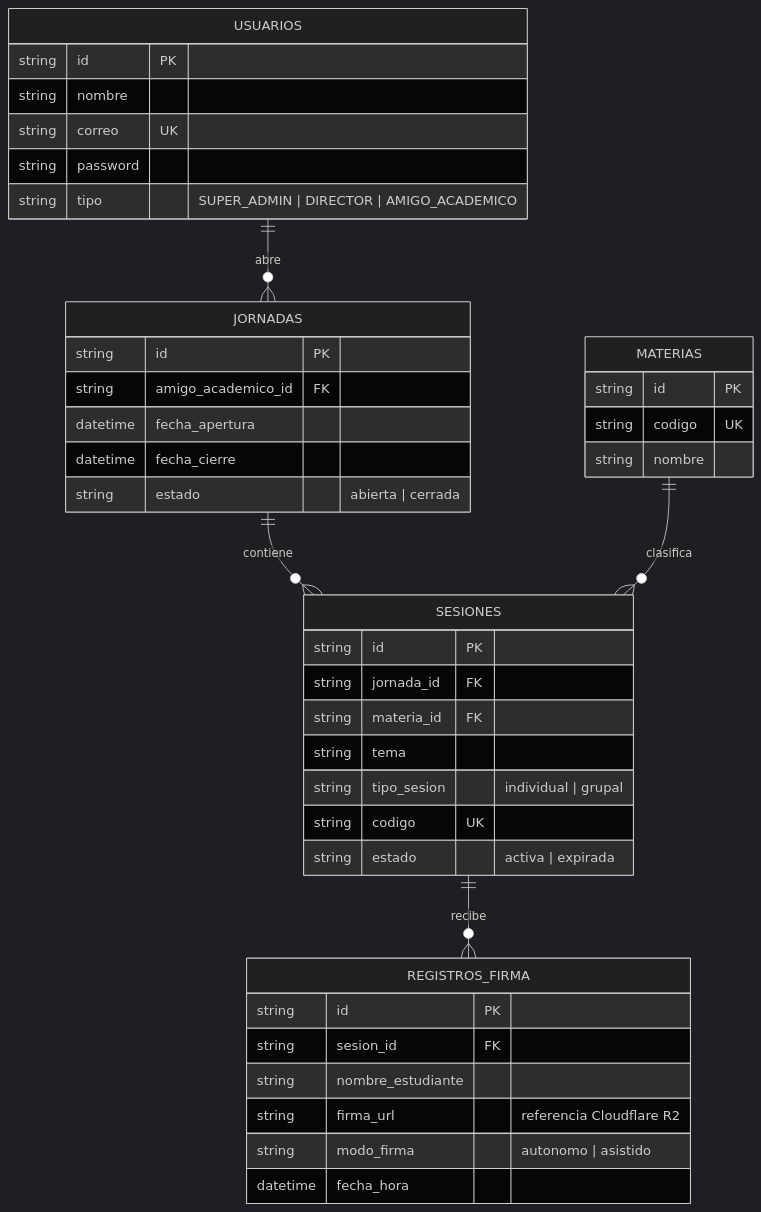
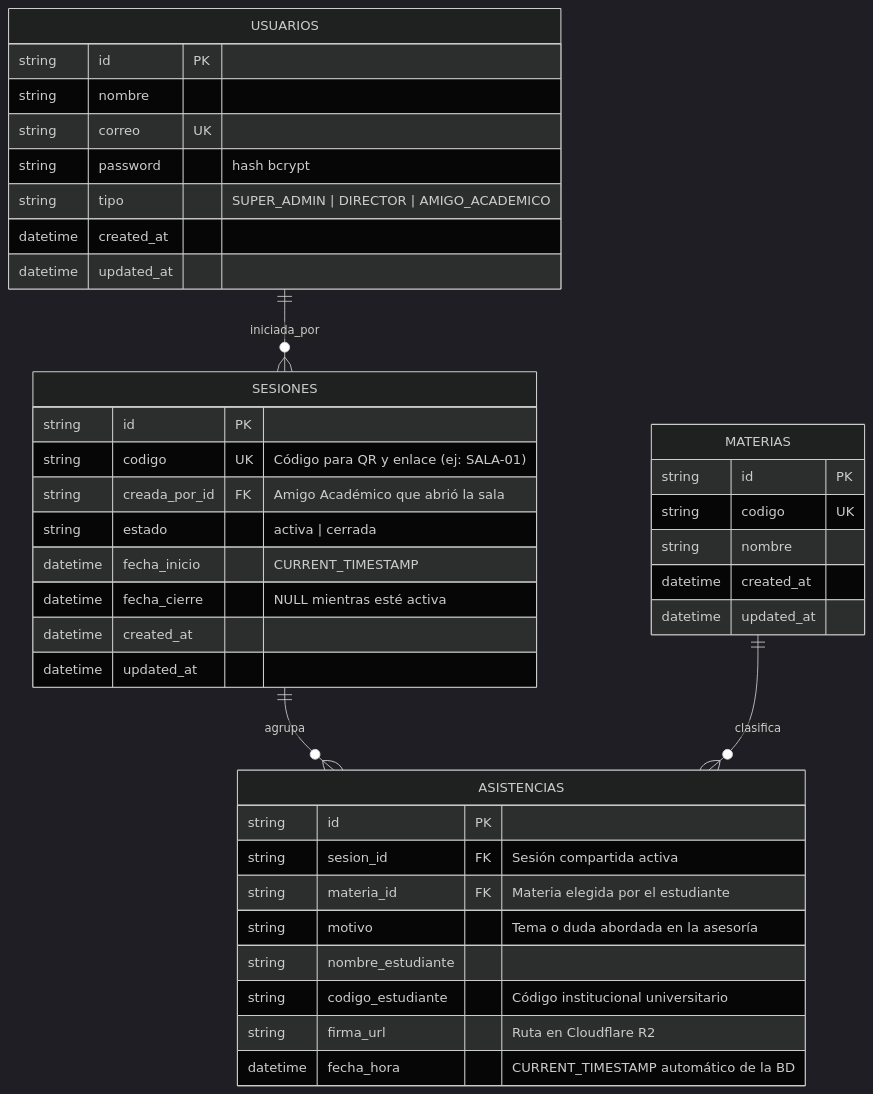
The second of 2 diagrams in CONTEXTO_PROYECTO.md (IngMapache-Coder/S3A-Backend), drawn with Mermaid (dark theme) before and after one commit. The commit also changed other lines of this file and 55 other files, not shown here.

````diff
--- a/CONTEXTO_PROYECTO.md
+++ b/CONTEXTO_PROYECTO.md
@@ -99,48 +107,46 @@
 ```mermaid
 erDiagram
-    USUARIOS ||--o{ JORNADAS : "abre"
-    JORNADAS ||--o{ SESIONES : "contiene"
-    MATERIAS ||--o{ SESIONES : "clasifica"
-    SESIONES ||--o{ REGISTROS_FIRMA : "recibe"
+    USUARIOS ||--o{ SESIONES : "iniciada_por"
+    SESIONES ||--o{ ASISTENCIAS : "agrupa"
+    MATERIAS ||--o{ ASISTENCIAS : "clasifica"
 
     USUARIOS {
         string id PK
         string nombre
         string correo UK
-        string password
+        string password "hash bcrypt"
         string tipo "SUPER_ADMIN | DIRECTOR | AMIGO_ACADEMICO"
+        datetime created_at
+        datetime updated_at
     }
 
     MATERIAS {
         string id PK
         string codigo UK
         string nombre
-    }
-
-    JORNADAS {
-        string id PK
-        string amigo_academico_id FK
-        datetime fecha_apertura
-        datetime fecha_cierre
-        string estado "abierta | cerrada"
+        datetime created_at
+        datetime updated_at
     }
 
     SESIONES {
         string id PK
-        string jornada_id FK
-        string materia_id FK
-        string tema
-        string tipo_sesion "individual | grupal"
-        string codigo UK
-        string estado "activa | expirada"
+        string codigo UK "Código para QR y enlace (ej: SALA-01)"
+        string creada_por_id FK "Amigo Académico que abrió la sala"
+        string estado "activa | cerrada"
+        datetime fecha_inicio "CURRENT_TIMESTAMP"
+        datetime fecha_cierre "NULL mientras esté activa"
+        datetime created_at
+        datetime updated_at
     }
 
-    REGISTROS_FIRMA {
+    ASISTENCIAS {
         string id PK
-        string sesion_id FK
+        string sesion_id FK "Sesión compartida activa"
+        string materia_id FK "Materia elegida por el estudiante"
+        string motivo "Tema o duda abordada en la asesoría"
         string nombre_estudiante
-        string firma_url "referencia Cloudflare R2"
-        string modo_firma "autonomo | asistido"
-        datetime fecha_hora
+        string codigo_estudiante "Código institucional universitario"
+        string firma_url "Ruta en Cloudflare R2"
+        datetime fecha_hora "CURRENT_TIMESTAMP automático de la BD"
     }
 ```
````
